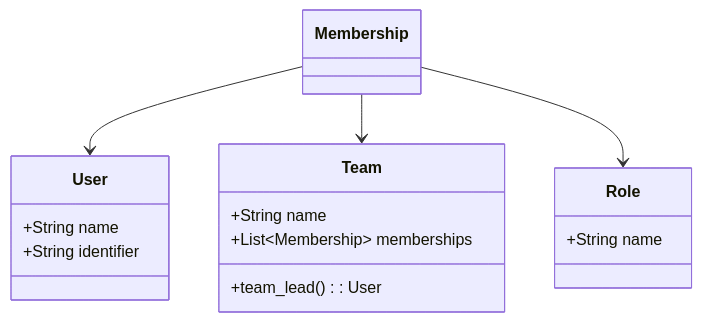
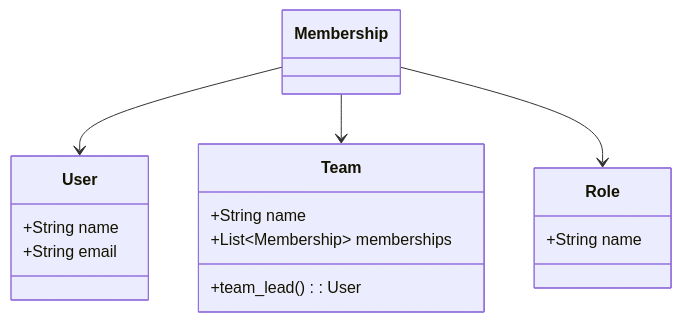
Before and after one commit to rodrigo93/priceline-roles: the second of 2 diagrams in docs/membership.md, drawn with Mermaid. The commit also changed 6 other files, not shown here.

Commit message:
Change `User.identifier` to `User.email`

````diff
--- a/docs/membership.md
+++ b/docs/membership.md
@@ -17,20 +17,20 @@
 ```mermaid
 classDiagram
     Membership --> User
     Membership --> Team
     Membership --> Role
     class User{
       +String name
-      +String identifier
+      +String email
     }
     class Team{
       +String name
       +List~Membership~ memberships
       +team_lead() : User
     }
     class Role{
       +String name
     }
     class Membership {
     }
 ```
````
